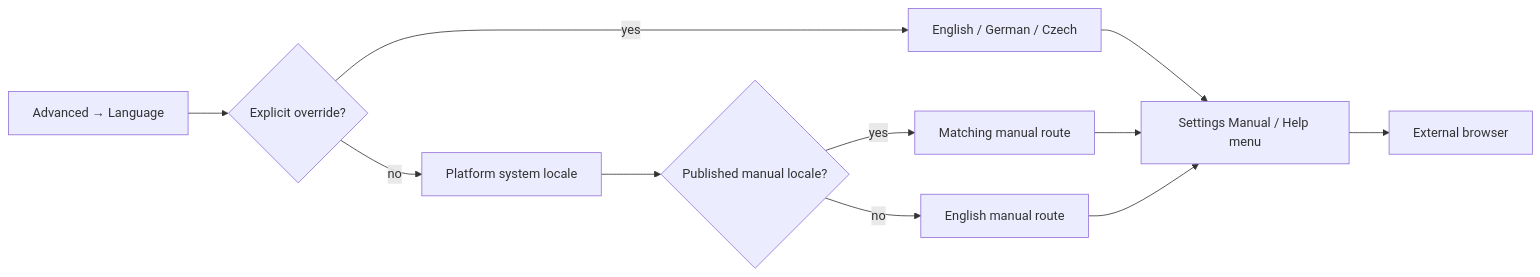
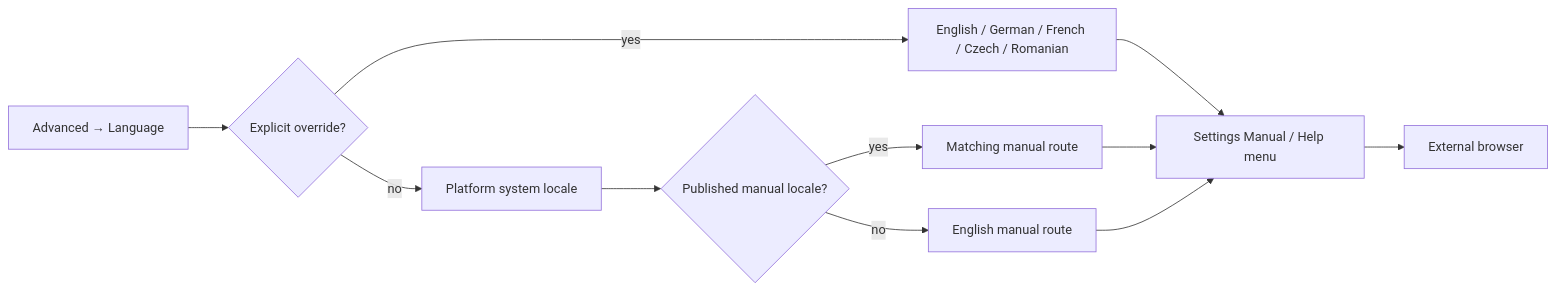
One commit to matthiasn/lotti changed the seventh of 8 diagrams in lib/features/settings/README.md. Above: the diagram before and after it, drawn with Mermaid. The commit also changed other lines of this file and 73 other files, not shown here.

````diff
--- a/lib/features/settings/README.md
+++ b/lib/features/settings/README.md
@@ -591,13 +591,13 @@
 ```mermaid
 flowchart LR
   Choice["Advanced → Language"] --> Preference{"Explicit override?"}
-  Preference -->|yes| Override["English / German / Czech"]
+  Preference -->|yes| Override["English / German / French / Czech / Romanian"]
   Preference -->|no| System["Platform system locale"]
   System --> Catalog{"Published manual locale?"}
   Catalog -->|yes| Matched["Matching manual route"]
   Catalog -->|no| English["English manual route"]
   Override --> ManualLink["Settings Manual / Help menu"]
   Matched --> ManualLink
   English --> ManualLink
   ManualLink --> Browser["External browser"]
 ```
````
